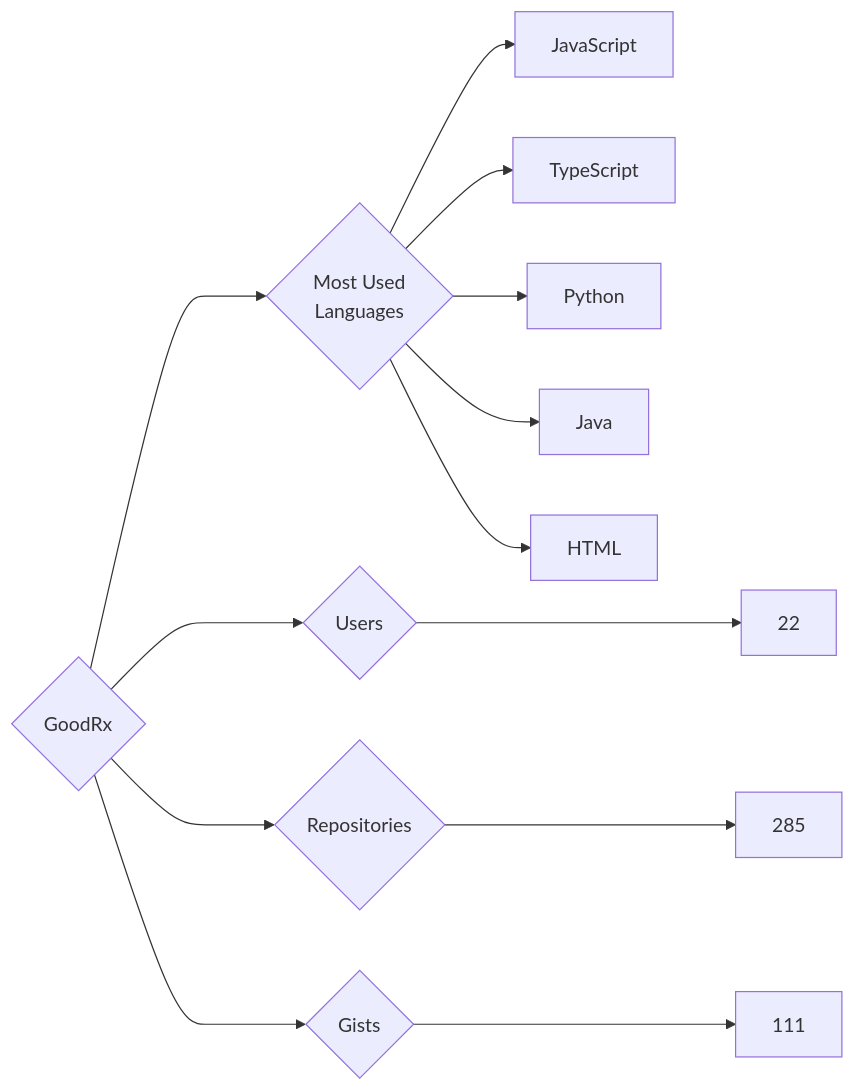
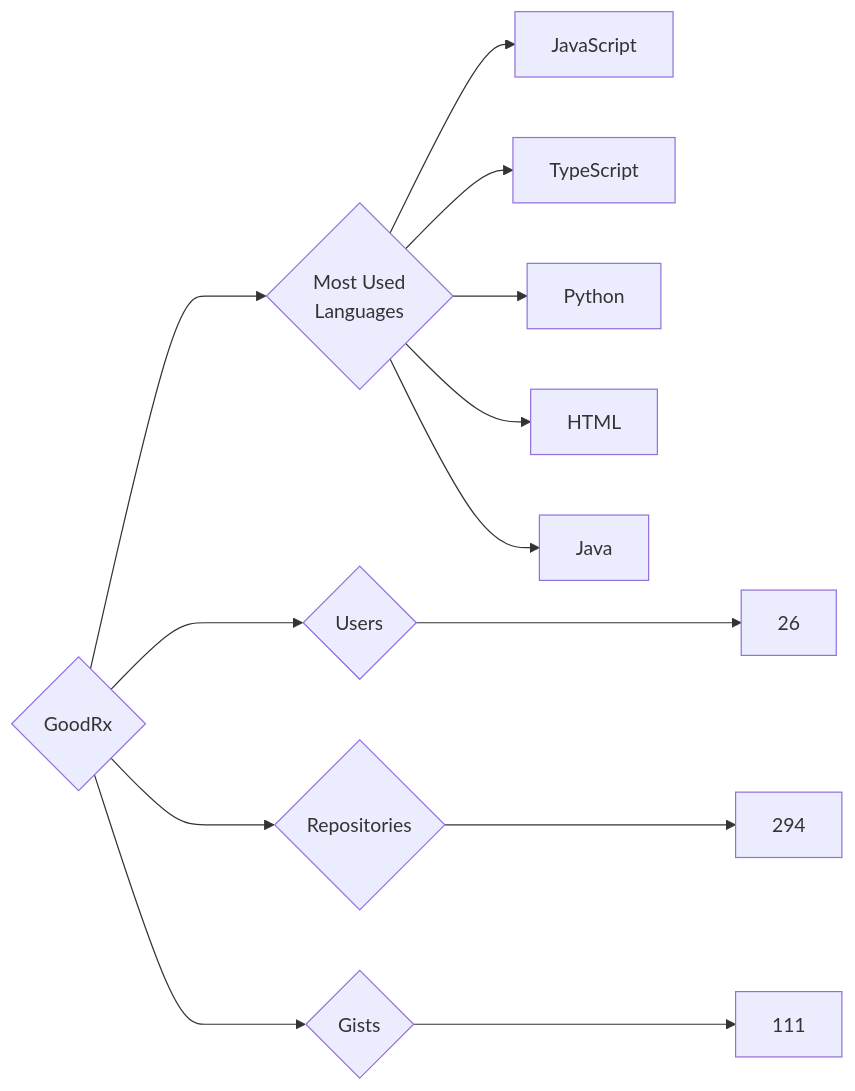
Before and after one commit to trickest/insiders: the diagram in targets/GoodRx/README.md, drawn with Mermaid. The commit also changed 676 other files, not shown here.

````diff
--- a/targets/GoodRx/README.md
+++ b/targets/GoodRx/README.md
@@ -3,13 +3,13 @@
 ```mermaid
 graph LR
 COMPANY_NAME{GoodRx}
-COMPANY_NAME ---> U{Users} ---> UN[22]
-COMPANY_NAME ---> R{Repositories} ---> RN[285]
+COMPANY_NAME ---> U{Users} ---> UN[26]
+COMPANY_NAME ---> R{Repositories} ---> RN[294]
 COMPANY_NAME ---> G{Gists} ---> GN[111]
 COMPANY_NAME ---> ML{Most Used<br>Languages}
 ML --> JavaScript[JavaScript]
 ML --> TypeScript[TypeScript]
 ML --> Python[Python]
+ML --> HTML[HTML]
 ML --> Java[Java]
-ML --> HTML[HTML]
 ```
````
